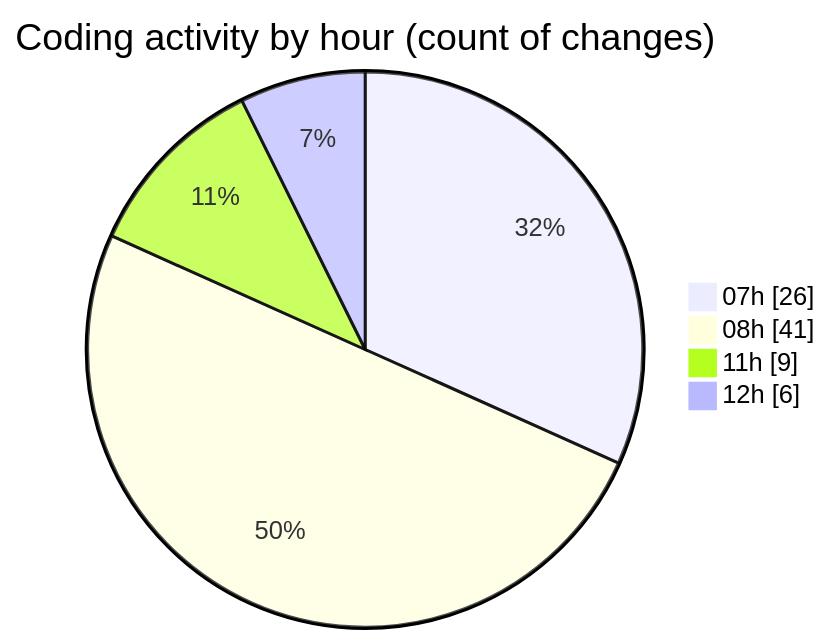
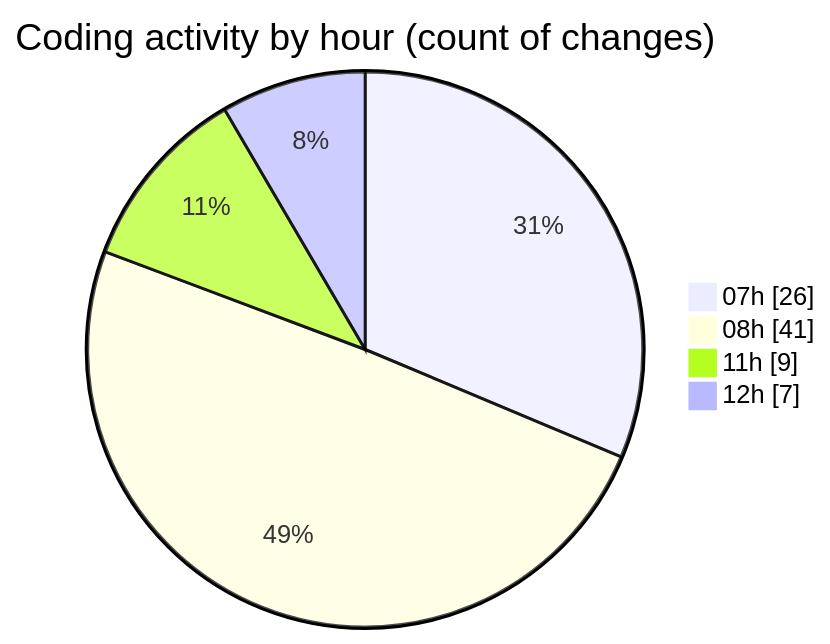
Before and after one commit to vahidmafi/code-tracking: the second of 2 diagrams in 2025-10-04/shop/README.md, drawn with Mermaid. The commit also changed other lines of this file and 1 other file, not shown here.

````diff
--- a/2025-10-04/shop/README.md
+++ b/2025-10-04/shop/README.md
@@ -50,8 +51,8 @@
 ```mermaid
 pie showData
 title Coding activity by hour (count of changes)
 "07h" : 26
 "08h" : 41
 "11h" : 9
-"12h" : 6
+"12h" : 7
 ```
````
